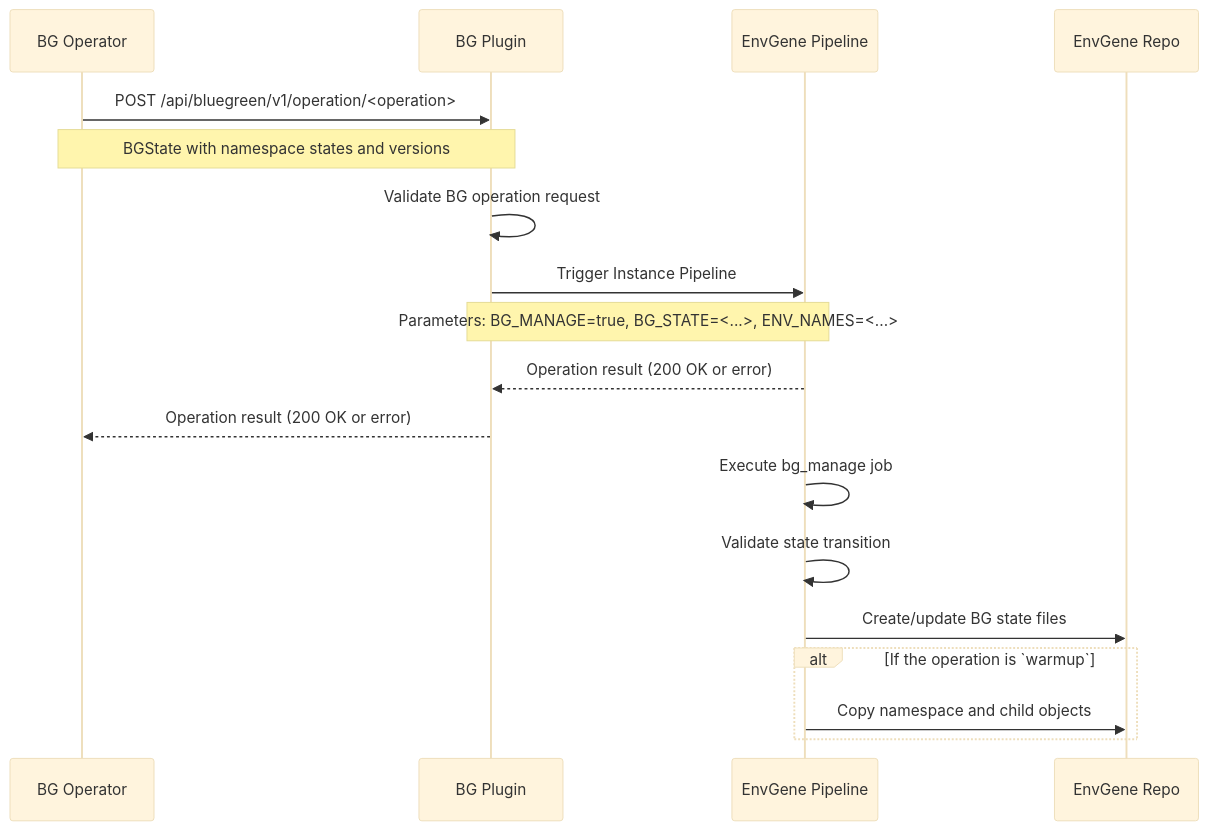
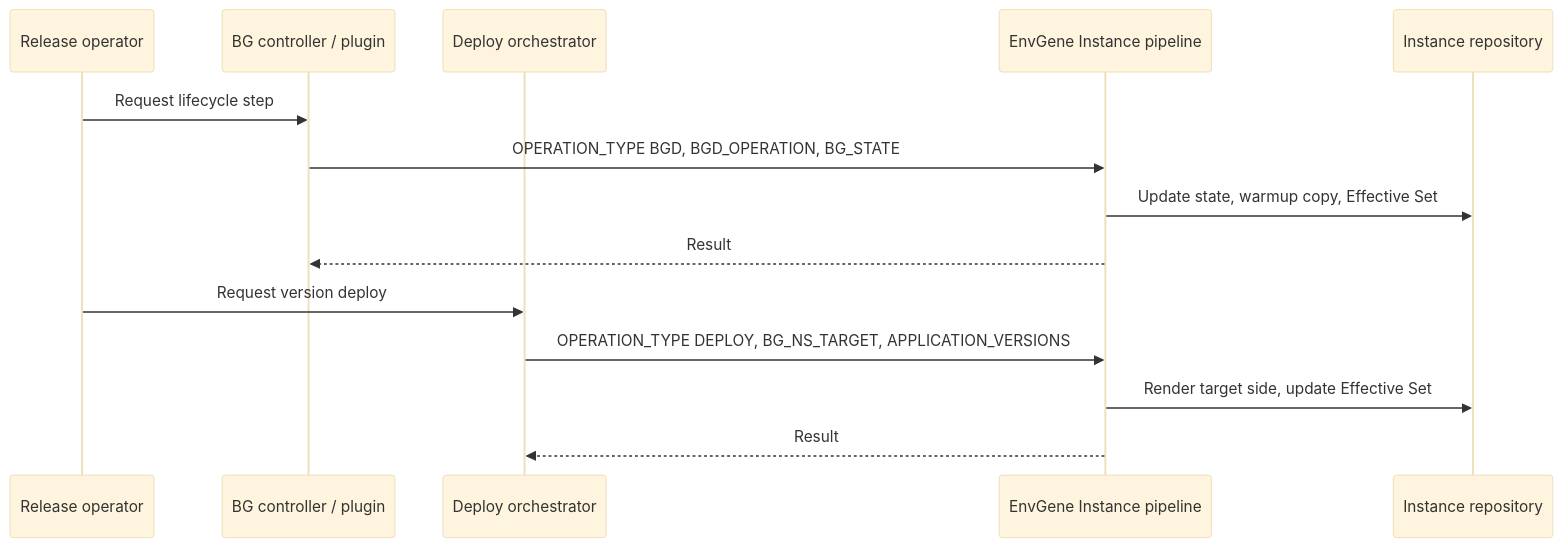
Before and after one commit to Netcracker/qubership-envgene: the second of 2 diagrams in docs/features/blue-green-deployment.md, drawn with Mermaid (base theme). The commit also changed other lines of this file and 1175 other files, not shown here.

````diff
--- a/docs/features/blue-green-deployment.md
+++ b/docs/features/blue-green-deployment.md
@@ -47,26 +229,18 @@
 ```mermaid
 sequenceDiagram
-    participant BGO as BG Operator
-    participant BGP as BG Plugin
-    participant EGP as EnvGene Pipeline
-    participant EGR as EnvGene Repo
+    participant Ops as Release operator
+    participant BG as BG controller / plugin
+    participant Deploy as Deploy orchestrator
+    participant EG as EnvGene Instance pipeline
+    participant Repo as Instance repository
 
-    BGO->>BGP: POST /api/bluegreen/v1/operation/<operation>
-    Note over BGO,BGP: BGState with namespace states and versions
+    Ops->>BG: Request lifecycle step
+    BG->>EG: OPERATION_TYPE BGD, BGD_OPERATION, BG_STATE
+    EG->>Repo: Update state, warmup copy, Effective Set
+    EG-->>BG: Result
 
-    BGP->>BGP: Validate BG operation request
-    BGP->>EGP: Trigger Instance Pipeline
-    Note over BGP,EGP: Parameters: BG_MANAGE=true, BG_STATE=<...>, ENV_NAMES=<...>
-    EGP-->>BGP: Operation result (200 OK or error)
-    BGP-->>BGO: Operation result (200 OK or error)
-
-    EGP->>EGP: Execute bg_manage job
-
-    EGP->>EGP: Validate state transition
-
-    EGP->>EGR: Create/update BG state files
-
-    alt If the operation is `warmup`
-        EGP->>EGR: Copy namespace and child objects
-    end
+    Ops->>Deploy: Request version deploy
+    Deploy->>EG: OPERATION_TYPE DEPLOY, BG_NS_TARGET, APPLICATION_VERSIONS
+    EG->>Repo: Render target side, update Effective Set
+    EG-->>Deploy: Result
 ```
````
